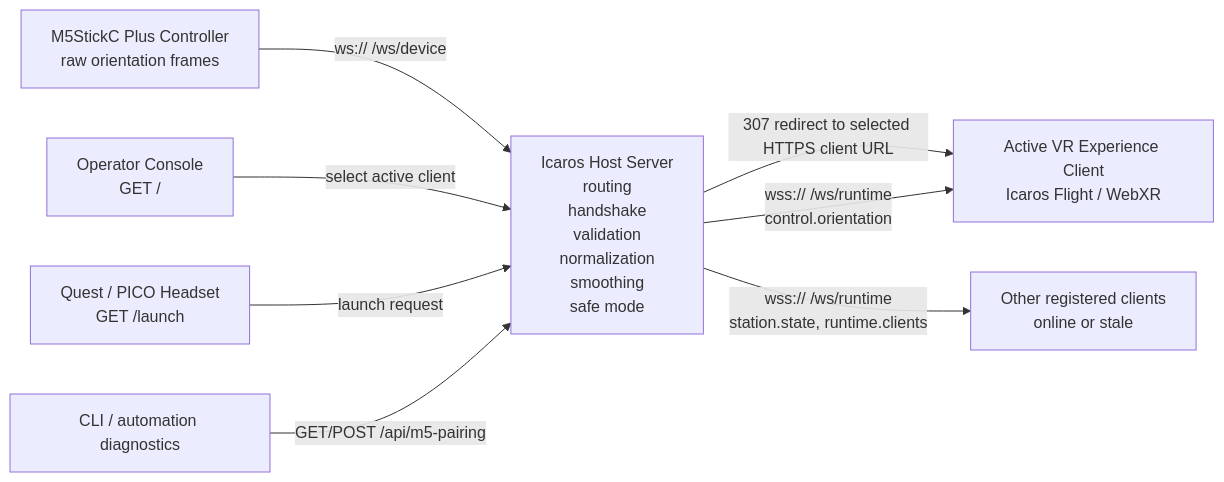
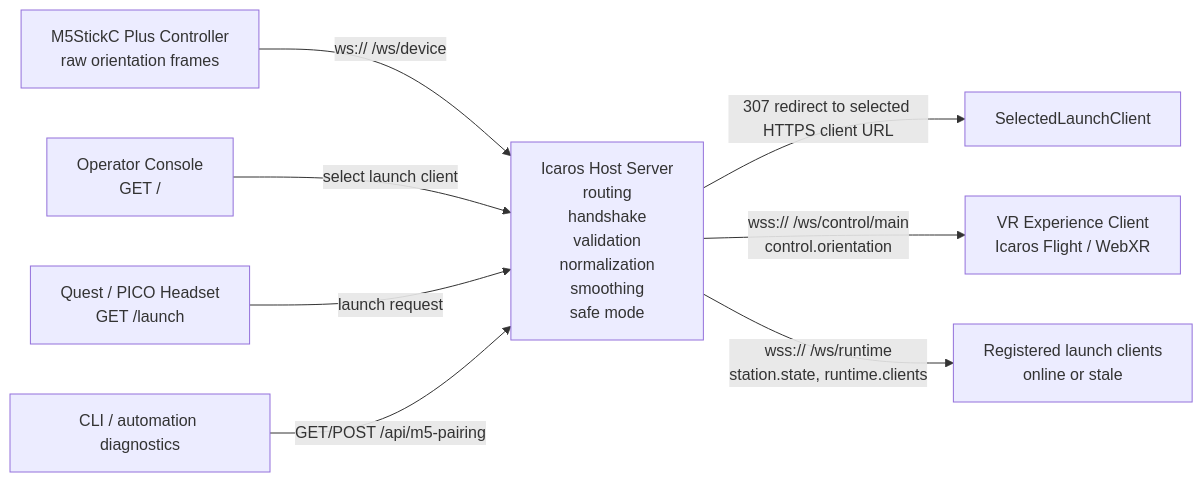
One commit to dweigend/Icaros_Host changed the diagram in README.md. Above: the diagram before and after it, drawn with Mermaid. The commit also changed other lines of this file and 93 other files, not shown here.

````diff
--- a/README.md
+++ b/README.md
@@ -21,13 +21,13 @@
 ```mermaid
 flowchart LR
     M5["M5StickC Plus Controller<br/>raw orientation frames"] -->|"ws:// /ws/device"| Host
-    Operator["Operator Console<br/>GET /"] -->|"select active client"| Host
+    Operator["Operator Console<br/>GET /"] -->|"select launch client"| Host
     Quest["Quest / PICO Headset<br/>GET /launch"] -->|"launch request"| Host
 
     Host["Icaros Host Server<br/>routing<br/>handshake<br/>validation<br/>normalization<br/>smoothing<br/>safe mode"]
 
-    Host -->|"307 redirect to selected HTTPS client URL"| ActiveClient
-    Host -->|"wss:// /ws/runtime<br/>control.orientation"| ActiveClient["Active VR Experience Client<br/>Icaros Flight / WebXR"]
-    Host -->|"wss:// /ws/runtime<br/>station.state, runtime.clients"| OtherClients["Other registered clients<br/>online or stale"]
+    Host -->|"307 redirect to selected HTTPS client URL"| SelectedLaunchClient
+    Host -->|"wss:// /ws/control/main<br/>control.orientation"| ControlClient["VR Experience Client<br/>Icaros Flight / WebXR"]
+    Host -->|"wss:// /ws/runtime<br/>station.state, runtime.clients"| OtherClients["Registered launch clients<br/>online or stale"]
     Diagnostics["CLI / automation diagnostics"] -->|"GET/POST /api/m5-pairing"| Host
 ```
````
